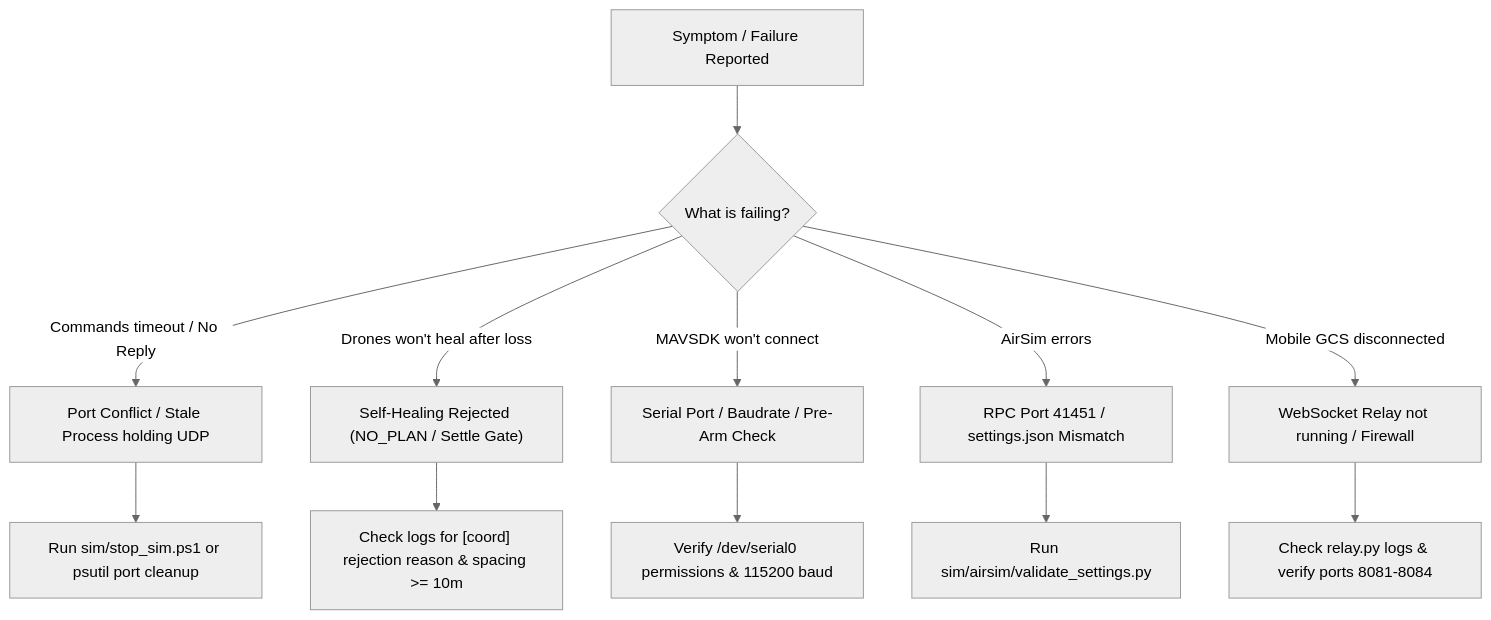
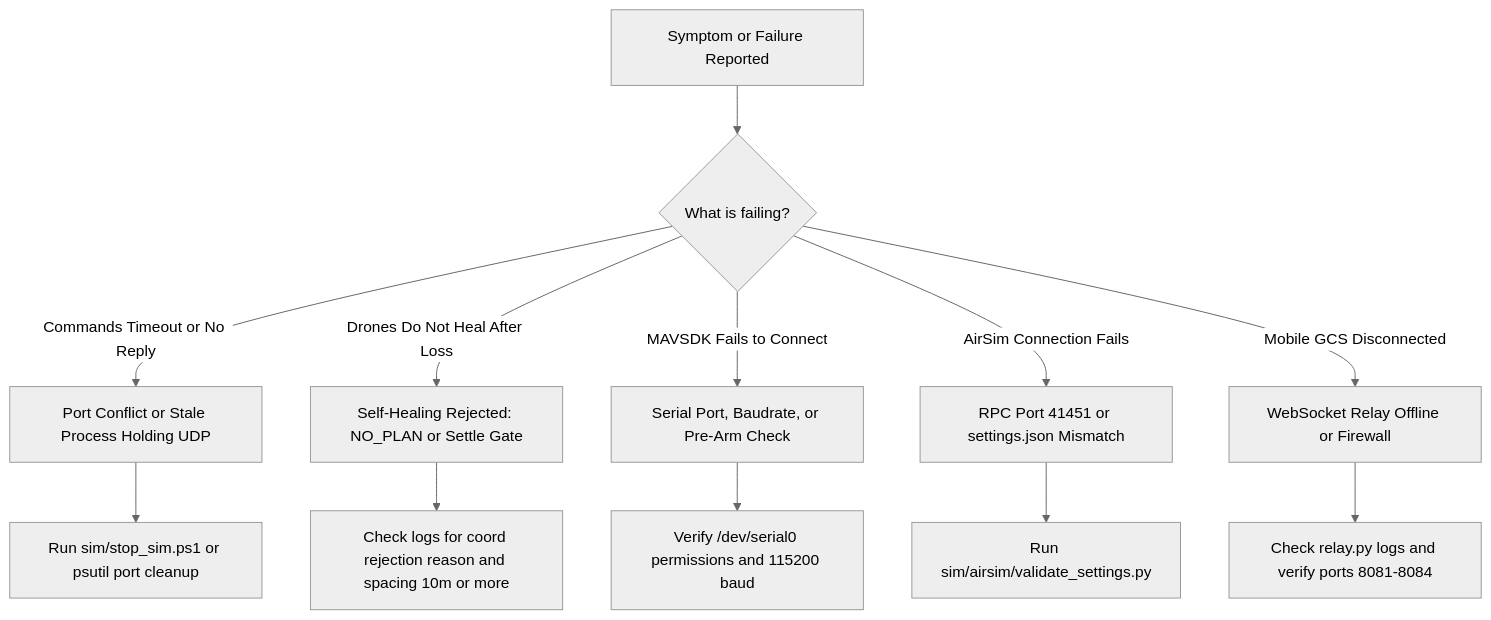
Before and after one commit to Debanshu2005/DroneSwarm: the diagram in doc/handoff/troubleshooting-and-faq.md, drawn with Mermaid (neutral theme). The commit also changed other lines of this file and 11 other files, not shown here.

Commit message:
docs: add comprehensive system architecture and user guides for phoneos swarm

````diff
--- a/doc/handoff/troubleshooting-and-faq.md
+++ b/doc/handoff/troubleshooting-and-faq.md
@@ -5,16 +5,16 @@
 ```mermaid
-graph TD
-    Issue["Symptom / Failure Reported"] --> CheckType{"What is failing?"}
+flowchart TD
+    Issue["Symptom or Failure Reported"] --> CheckType{"What is failing?"}
 
-    CheckType -->|Commands timeout / No Reply| Zombie["Port Conflict / Stale Process holding UDP"]
-    CheckType -->|Drones won't heal after loss| Healing["Self-Healing Rejected (NO_PLAN / Settle Gate)"]
-    CheckType -->|MAVSDK won't connect| Hardware["Serial Port / Baudrate / Pre-Arm Check"]
-    CheckType -->|AirSim errors| Sim["RPC Port 41451 / settings.json Mismatch"]
-    CheckType -->|Mobile GCS disconnected| Relay["WebSocket Relay not running / Firewall"]
+    CheckType -->|Commands Timeout or No Reply| Zombie["Port Conflict or Stale Process Holding UDP"]
+    CheckType -->|Drones Do Not Heal After Loss| Healing["Self-Healing Rejected: NO_PLAN or Settle Gate"]
+    CheckType -->|MAVSDK Fails to Connect| Hardware["Serial Port, Baudrate, or Pre-Arm Check"]
+    CheckType -->|AirSim Connection Fails| Sim["RPC Port 41451 or settings.json Mismatch"]
+    CheckType -->|Mobile GCS Disconnected| Relay["WebSocket Relay Offline or Firewall"]
 
     Zombie --> FixZombie["Run sim/stop_sim.ps1 or psutil port cleanup"]
-    Healing --> FixHealing["Check logs for [coord] rejection reason & spacing >= 10m"]
-    Hardware --> FixHardware["Verify /dev/serial0 permissions & 115200 baud"]
+    Healing --> FixHealing["Check logs for coord rejection reason and spacing 10m or more"]
+    Hardware --> FixHardware["Verify /dev/serial0 permissions and 115200 baud"]
     Sim --> FixSim["Run sim/airsim/validate_settings.py"]
-    Relay --> FixRelay["Check relay.py logs & verify ports 8081-8084"]
+    Relay --> FixRelay["Check relay.py logs and verify ports 8081-8084"]
 ```
````
